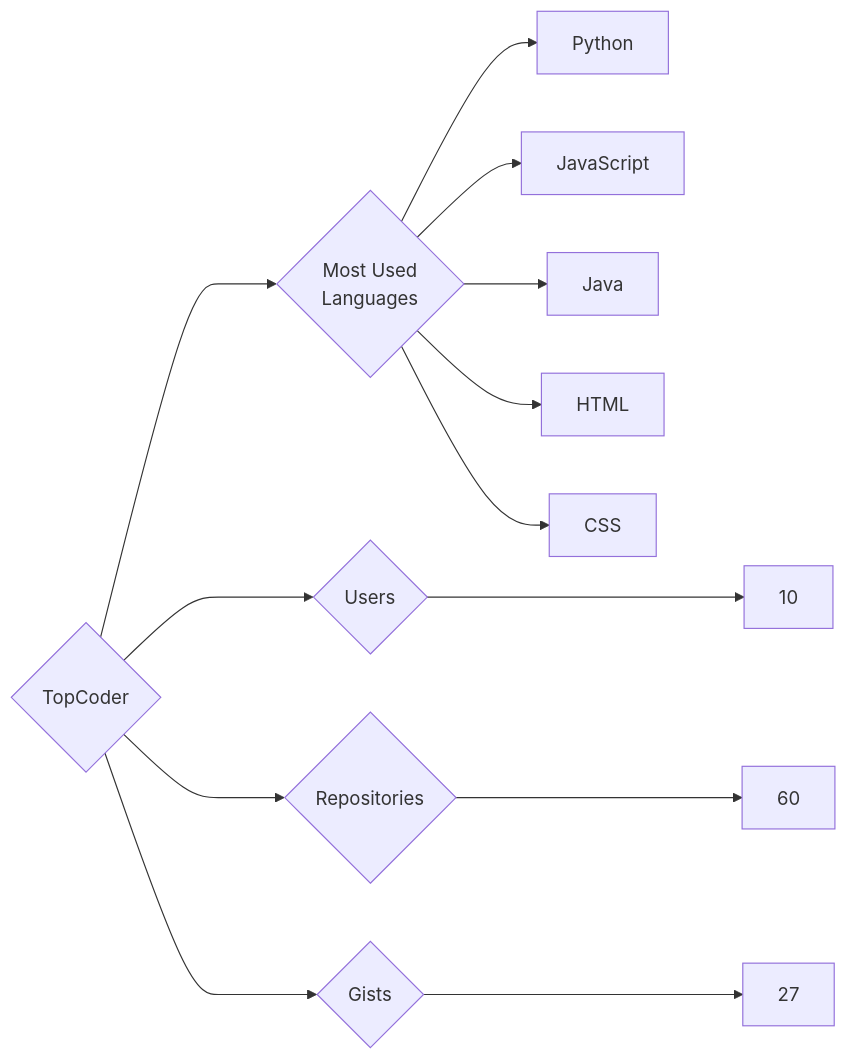
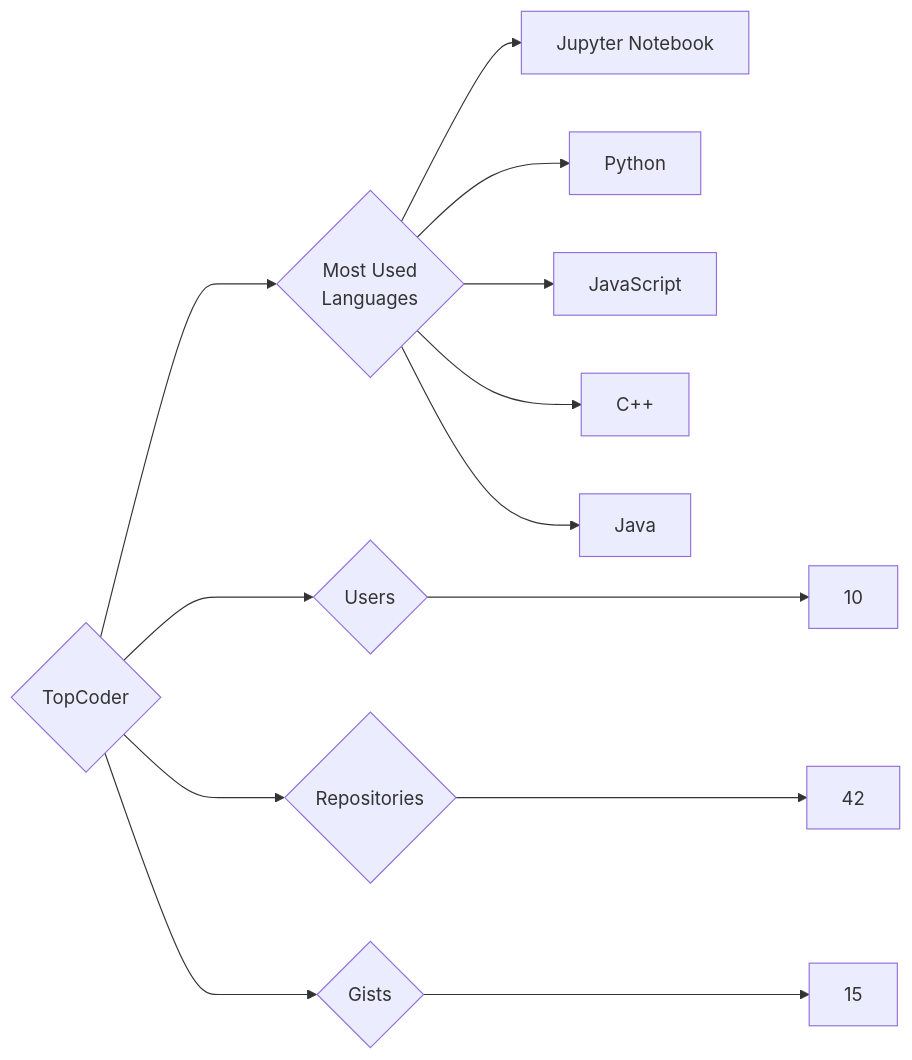
The diagram in targets/TopCoder/README.md (trickest/insiders), drawn with Mermaid before and after one commit. The commit also changed 1484 other files, not shown here.

````diff
--- a/targets/TopCoder/README.md
+++ b/targets/TopCoder/README.md
@@ -3,13 +3,13 @@
 ```mermaid
 graph LR
 COMPANY_NAME{TopCoder}
 COMPANY_NAME ---> U{Users} ---> UN[10]
-COMPANY_NAME ---> R{Repositories} ---> RN[60]
-COMPANY_NAME ---> G{Gists} ---> GN[27]
+COMPANY_NAME ---> R{Repositories} ---> RN[42]
+COMPANY_NAME ---> G{Gists} ---> GN[15]
 COMPANY_NAME ---> ML{Most Used<br>Languages}
+ML --> Jupyter_Notebook[Jupyter Notebook]
 ML --> Python[Python]
 ML --> JavaScript[JavaScript]
+ML --> C++[C++]
 ML --> Java[Java]
-ML --> HTML[HTML]
-ML --> CSS[CSS]
 ```
````
